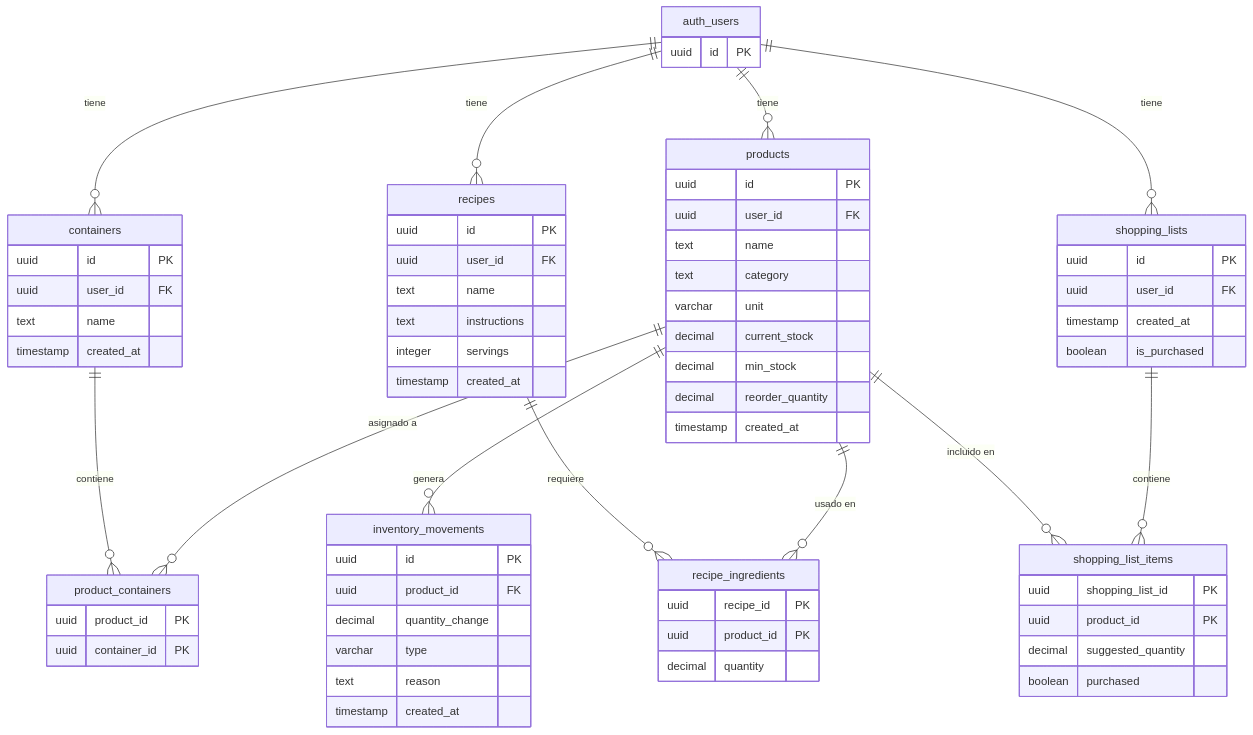
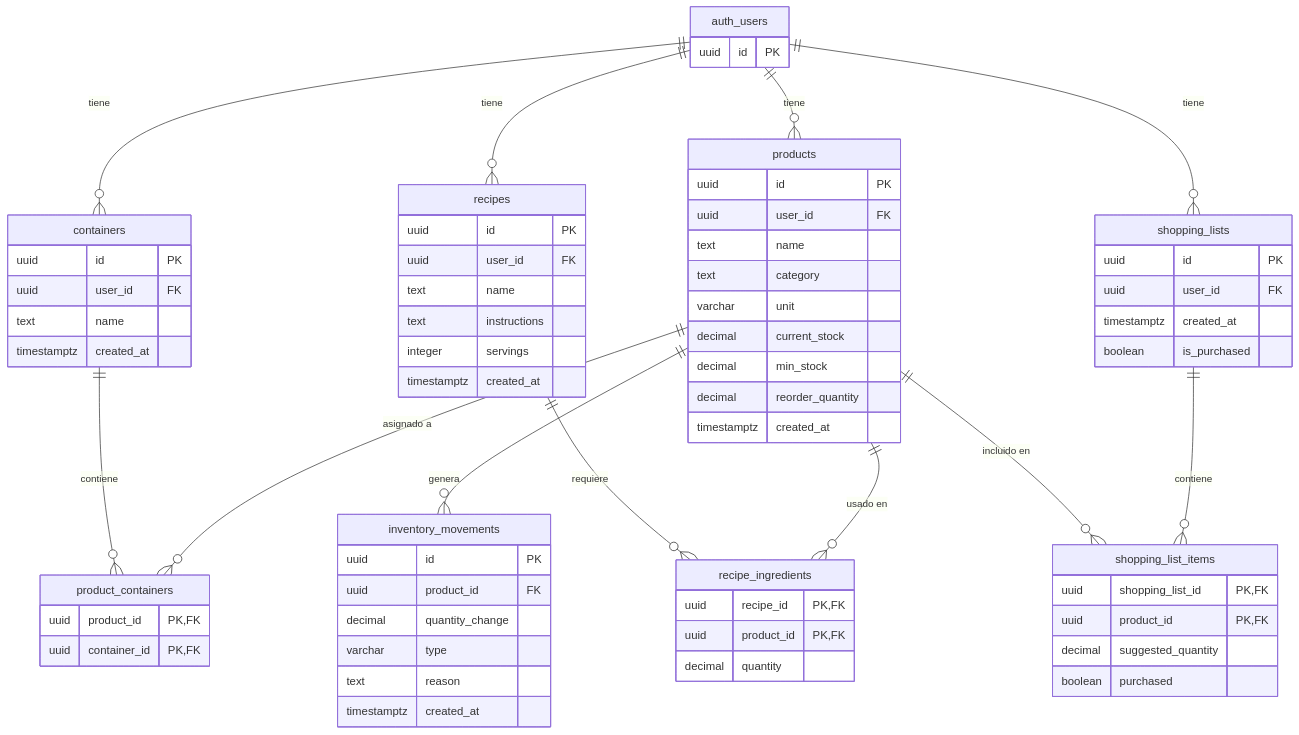
The diagram in docs/base-de-datos.md (AlejandroPedrosa/Nido-SmartHome), drawn with Mermaid before and after one commit. The commit also changed other lines of this file and 8 other files, not shown here.

````diff
--- a/docs/base-de-datos.md
+++ b/docs/base-de-datos.md
@@ -218,81 +234,81 @@
 ```mermaid
 erDiagram
     auth_users ||--o{ products : "tiene"
     auth_users ||--o{ containers : "tiene"
     auth_users ||--o{ recipes : "tiene"
     auth_users ||--o{ shopping_lists : "tiene"
 
     products ||--o{ product_containers : "asignado a"
     containers ||--o{ product_containers : "contiene"
     products ||--o{ recipe_ingredients : "usado en"
     recipes ||--o{ recipe_ingredients : "requiere"
     products ||--o{ inventory_movements : "genera"
     shopping_lists ||--o{ shopping_list_items : "contiene"
     products ||--o{ shopping_list_items : "incluido en"
 
     auth_users {
         uuid id PK
     }
 
     products {
         uuid id PK
         uuid user_id FK
         text name
         text category
         varchar unit
         decimal current_stock
         decimal min_stock
         decimal reorder_quantity
-        timestamp created_at
+        timestamptz created_at
     }
 
     containers {
         uuid id PK
         uuid user_id FK
         text name
-        timestamp created_at
+        timestamptz created_at
     }
 
     product_containers {
-        uuid product_id PK
-        uuid container_id PK
+        uuid product_id PK,FK
+        uuid container_id PK,FK
     }
 
     recipes {
         uuid id PK
         uuid user_id FK
         text name
         text instructions
         integer servings
-        timestamp created_at
+        timestamptz created_at
     }
 
     recipe_ingredients {
-        uuid recipe_id PK
-        uuid product_id PK
+        uuid recipe_id PK,FK
+        uuid product_id PK,FK
         decimal quantity
     }
 
     inventory_movements {
         uuid id PK
         uuid product_id FK
         decimal quantity_change
         varchar type
         text reason
-        timestamp created_at
+        timestamptz created_at
     }
 
     shopping_lists {
         uuid id PK
         uuid user_id FK
-        timestamp created_at
+        timestamptz created_at
         boolean is_purchased
     }
 
     shopping_list_items {
-        uuid shopping_list_id PK
-        uuid product_id PK
+        uuid shopping_list_id PK,FK
+        uuid product_id PK,FK
         decimal suggested_quantity
         boolean purchased
     }
 ```
````
